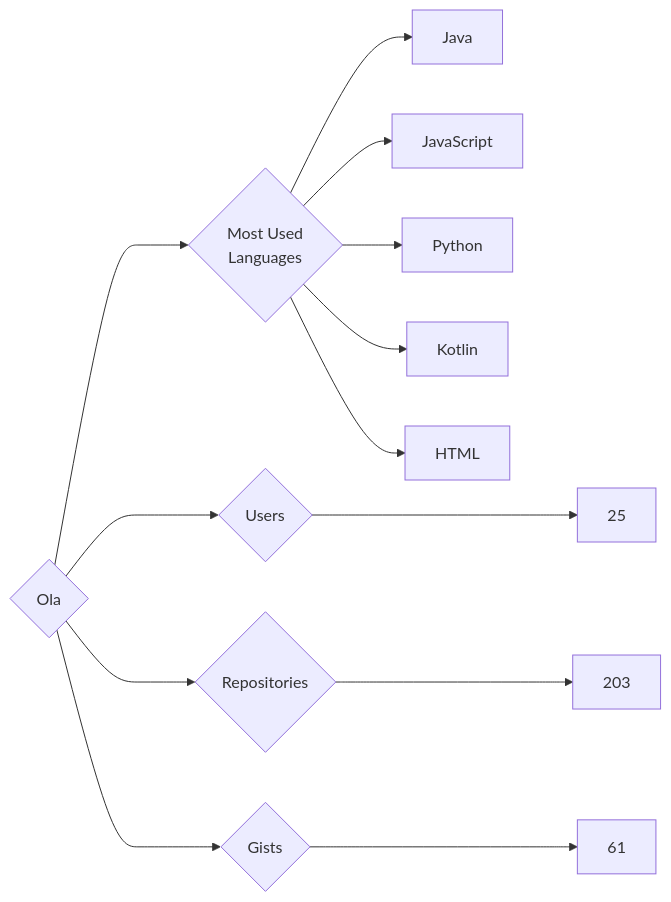
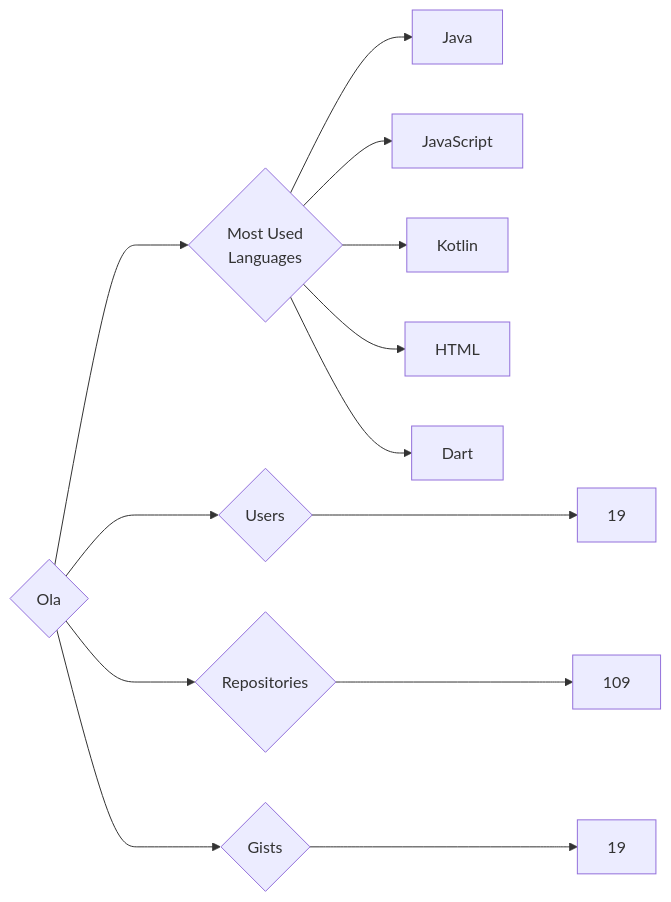
The diagram in targets/Ola/README.md (trickest/insiders), drawn with Mermaid before and after one commit. The commit also changed 794 other files, not shown here.

````diff
--- a/targets/Ola/README.md
+++ b/targets/Ola/README.md
@@ -3,13 +3,13 @@
 ```mermaid
 graph LR
 COMPANY_NAME{Ola}
-COMPANY_NAME ---> U{Users} ---> UN[25]
-COMPANY_NAME ---> R{Repositories} ---> RN[203]
-COMPANY_NAME ---> G{Gists} ---> GN[61]
+COMPANY_NAME ---> U{Users} ---> UN[19]
+COMPANY_NAME ---> R{Repositories} ---> RN[109]
+COMPANY_NAME ---> G{Gists} ---> GN[19]
 COMPANY_NAME ---> ML{Most Used<br>Languages}
 ML --> Java[Java]
 ML --> JavaScript[JavaScript]
-ML --> Python[Python]
 ML --> Kotlin[Kotlin]
 ML --> HTML[HTML]
+ML --> Dart[Dart]
 ```
````
